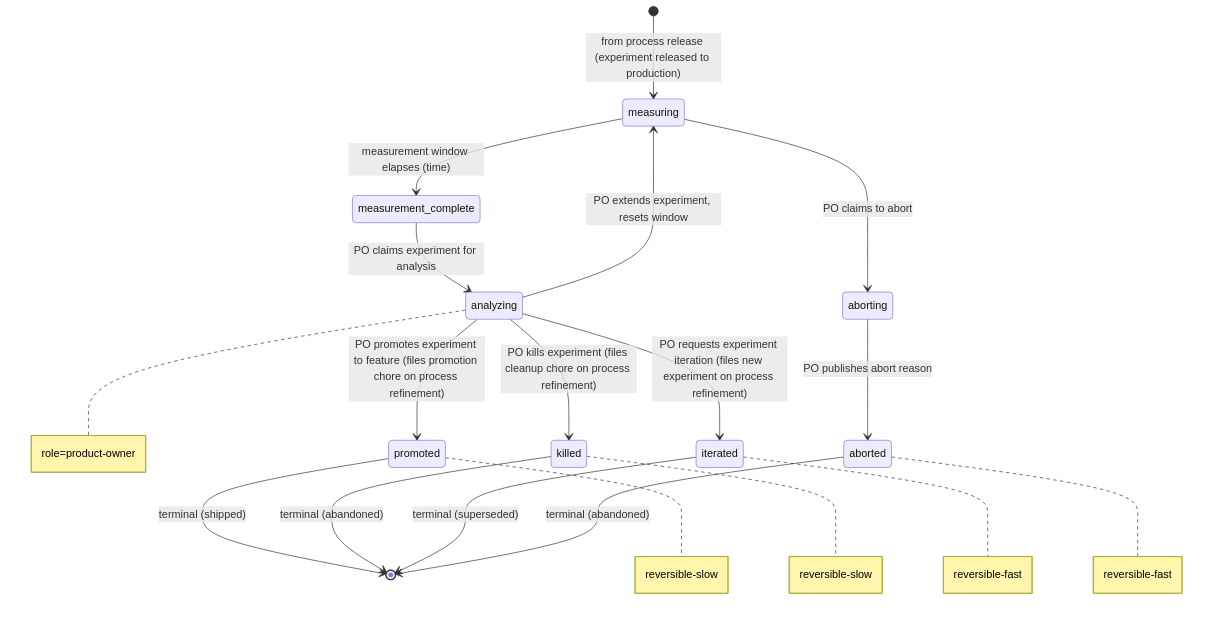
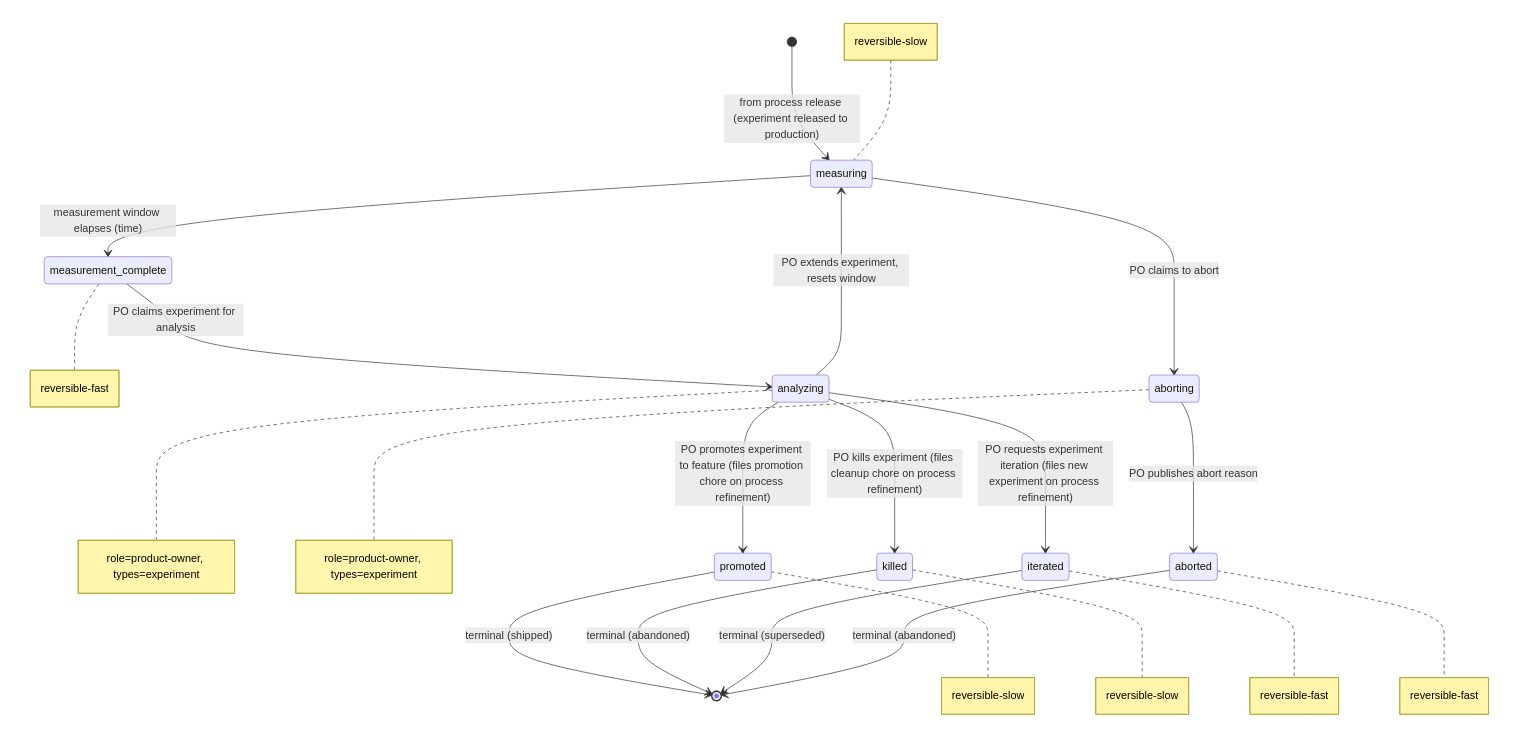
One commit to blemees/blemees-workflow changed the diagram in examples/workflows/experimentation.md. Above: the diagram before and after it, drawn with Mermaid. The commit also changed other lines of this file and 41 other files, not shown here.

````diff
--- a/examples/workflows/experimentation.md
+++ b/examples/workflows/experimentation.md
@@ -11,26 +11,29 @@
 ```mermaid
 stateDiagram-v2
     %% Cross-process interfaces:
     %%   Entry (spawn ): measuring from process release
     %%
 
     [*] --> measuring: from process release (experiment released to production)
     measuring --> measurement_complete: measurement window elapses (time)
     measuring --> aborting: PO claims to abort
     aborting --> aborted: PO publishes abort reason
     measurement_complete --> analyzing: PO claims experiment for analysis
     analyzing --> measuring: PO extends experiment, resets window
     analyzing --> promoted: PO promotes experiment to feature (files promotion chore on process refinement)
     analyzing --> killed: PO kills experiment (files cleanup chore on process refinement)
     analyzing --> iterated: PO requests experiment iteration (files new experiment on process refinement)
     promoted --> [*]: terminal (shipped)
     killed --> [*]: terminal (abandoned)
     iterated --> [*]: terminal (superseded)
     aborted --> [*]: terminal (abandoned)
 
-    note right of analyzing: role=product-owner
+    note left of measuring: reversible-slow
+    note right of measurement_complete: reversible-fast
+    note right of analyzing: role=product-owner, types=experiment
+    note right of aborting: role=product-owner, types=experiment
     note right of promoted: reversible-slow
     note right of killed: reversible-slow
     note right of iterated: reversible-fast
     note right of aborted: reversible-fast
 ```
````
